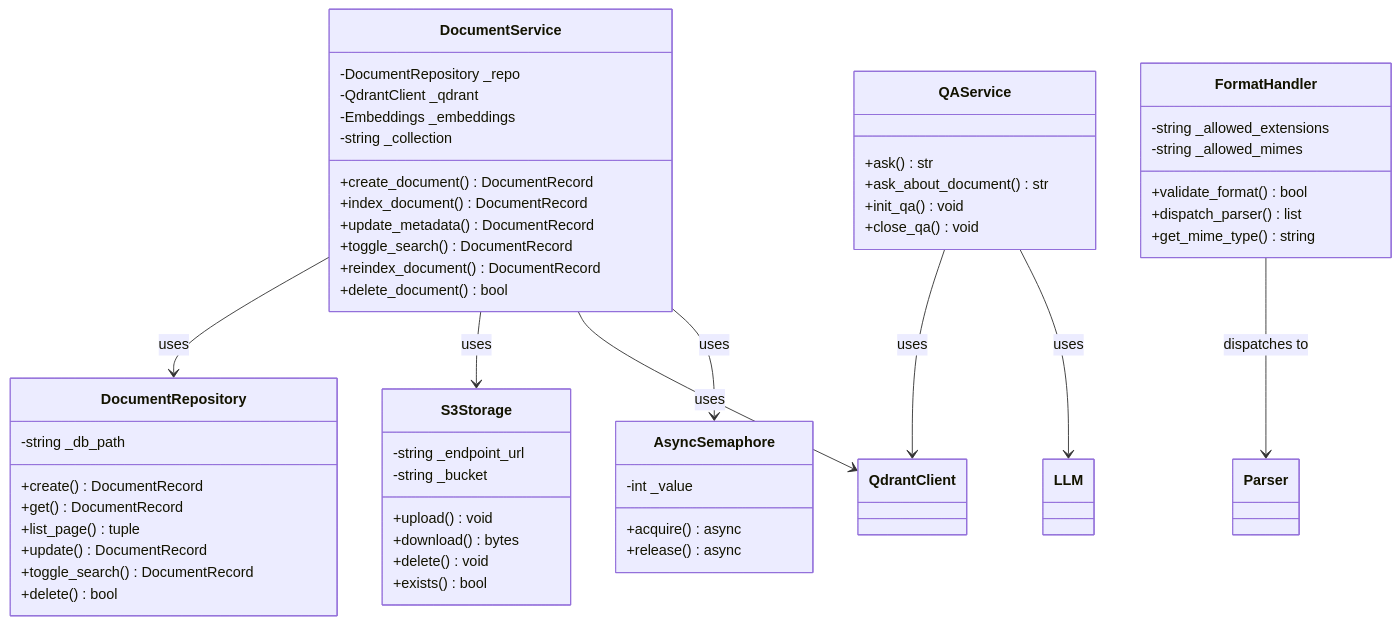
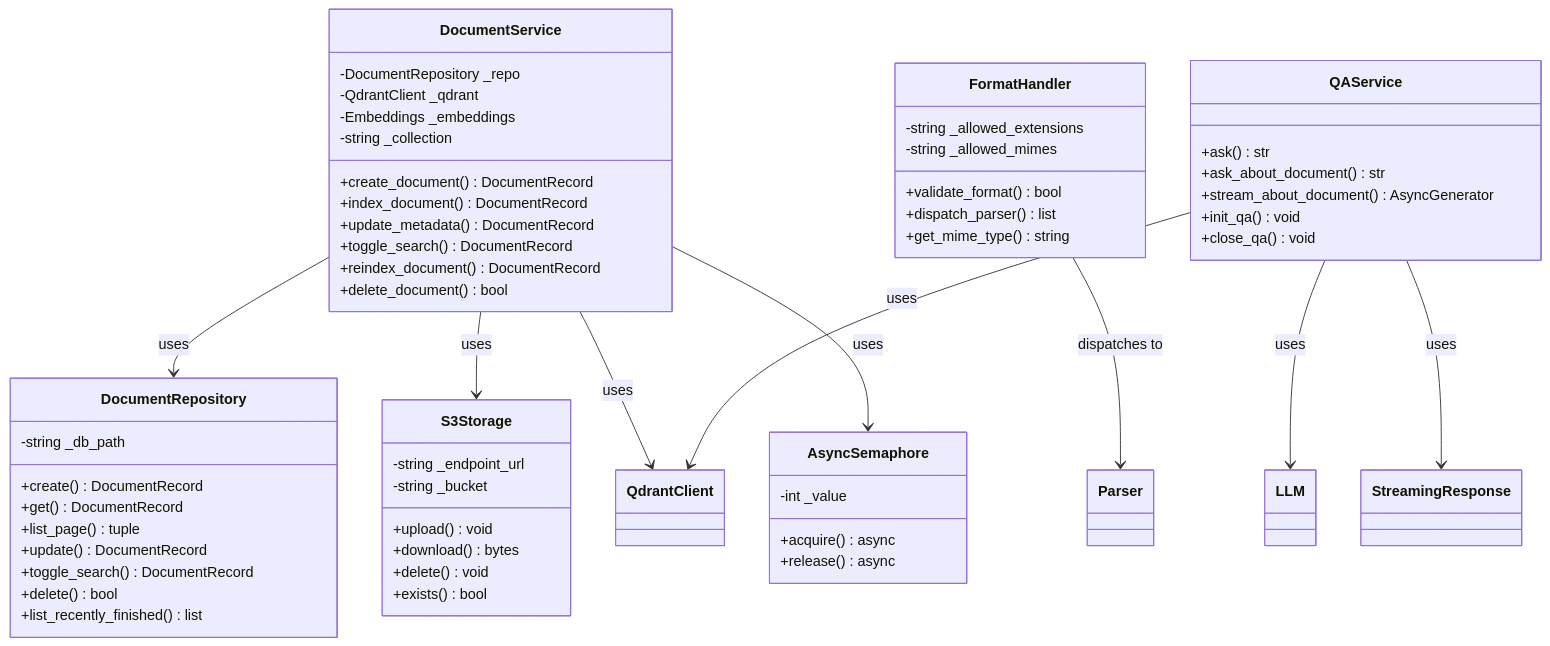
Before and after one commit to ognelis/cafetera_hr_bot: the third of 25 diagrams in .qoder/repowiki/en/content/Document Management System.md, drawn with Mermaid. The commit also changed other lines of this file and 5 other files, not shown here.

````diff
--- a/.qoder/repowiki/en/content/Document Management System.md
+++ b/.qoder/repowiki/en/content/Document Management System.md
@@ -228,57 +245,60 @@
 ```mermaid
 classDiagram
 class DocumentService {
 -DocumentRepository _repo
 -QdrantClient _qdrant
 -Embeddings _embeddings
 -string _collection
 +create_document() DocumentRecord
 +index_document() DocumentRecord
 +update_metadata() DocumentRecord
 +toggle_search() DocumentRecord
 +reindex_document() DocumentRecord
 +delete_document() bool
 }
 class DocumentRepository {
 -string _db_path
 +create() DocumentRecord
 +get() DocumentRecord
 +list_page() tuple
 +update() DocumentRecord
 +toggle_search() DocumentRecord
 +delete() bool
++list_recently_finished() list
 }
 class S3Storage {
 -string _endpoint_url
 -string _bucket
 +upload() void
 +download() bytes
 +delete() void
 +exists() bool
 }
 class FormatHandler {
 -string _allowed_extensions
 -string _allowed_mimes
 +validate_format() bool
 +dispatch_parser() list
 +get_mime_type() string
 }
 class AsyncSemaphore {
 -int _value
 +acquire() async
 +release() async
 }
 class QAService {
 +ask() str
 +ask_about_document() str
++stream_about_document() AsyncGenerator
 +init_qa() void
 +close_qa() void
 }
 DocumentService --> DocumentRepository : uses
 DocumentService --> S3Storage : uses
 DocumentService --> QdrantClient : uses
 DocumentService --> AsyncSemaphore : uses
 FormatHandler --> Parser : dispatches to
 QAService --> QdrantClient : uses
 QAService --> LLM : uses
+QAService --> StreamingResponse : uses
 ```
````
